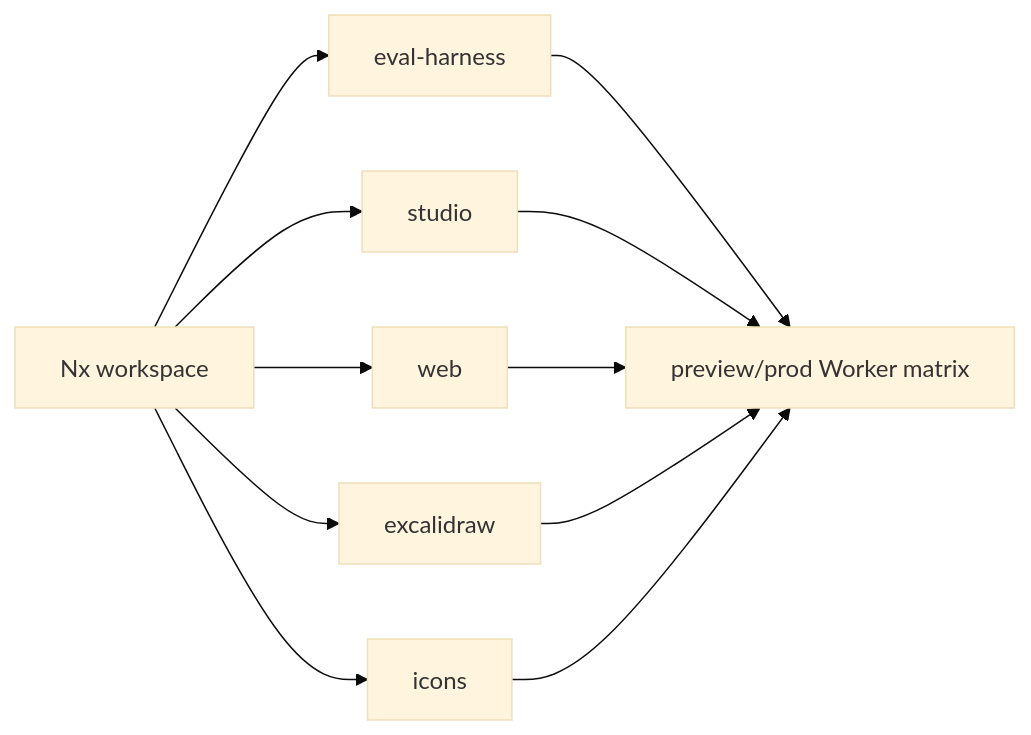
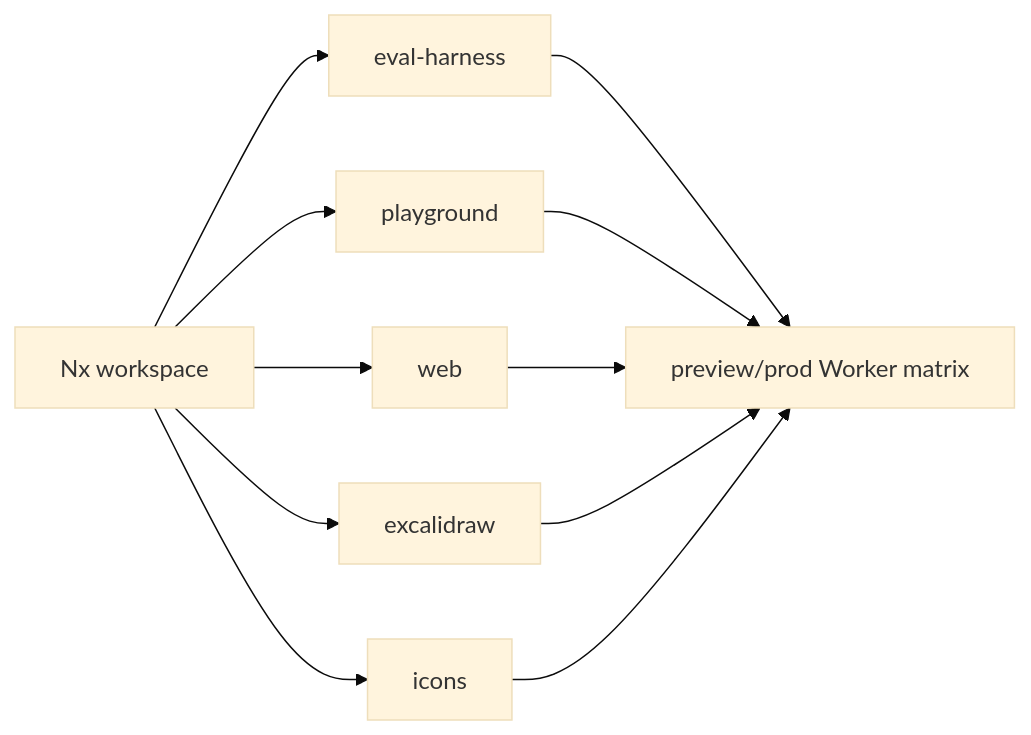
Before and after one commit to shpitdev/sketchi: the third of 3 diagrams in docs/architecture.md, drawn with Mermaid (base theme). The commit also changed other lines of this file and 130 other files, not shown here.

````diff
--- a/docs/architecture.md
+++ b/docs/architecture.md
@@ -134,14 +134,14 @@
 ```mermaid
 flowchart LR
   Workspace["Nx workspace"] --> EvalHarness["eval-harness"]
-  Workspace --> Studio["studio"]
+  Workspace --> Playground["playground"]
   Workspace --> Web["web"]
   Workspace --> Excalidraw["excalidraw"]
   Workspace --> Icons["icons"]
 
   EvalHarness --> Deploy["preview/prod Worker matrix"]
-  Studio --> Deploy
+  Playground --> Deploy
   Web --> Deploy
   Excalidraw --> Deploy
   Icons --> Deploy
 ```
````
